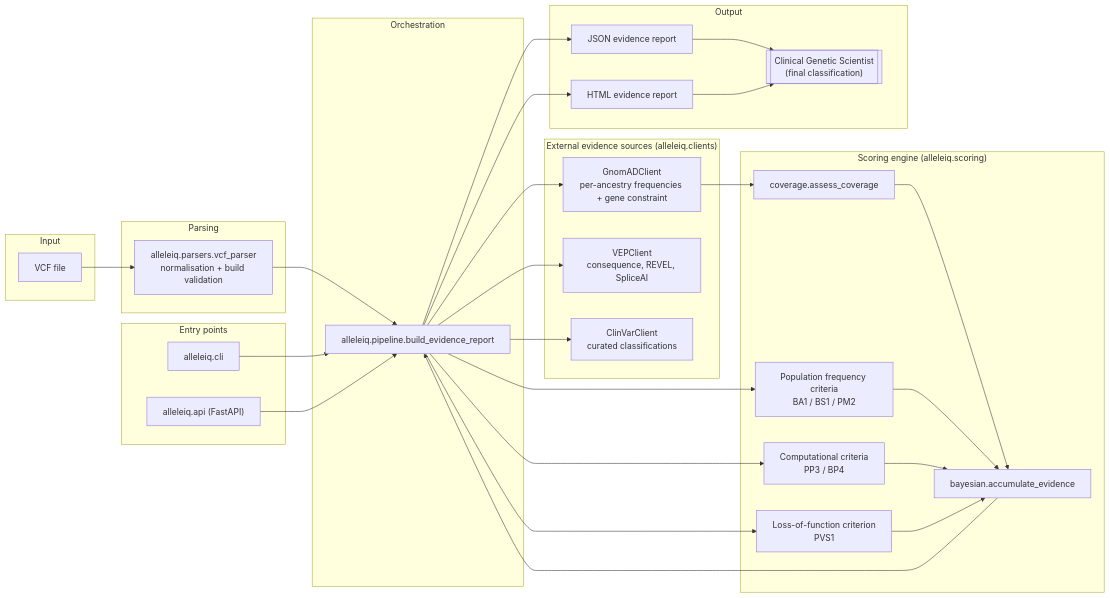
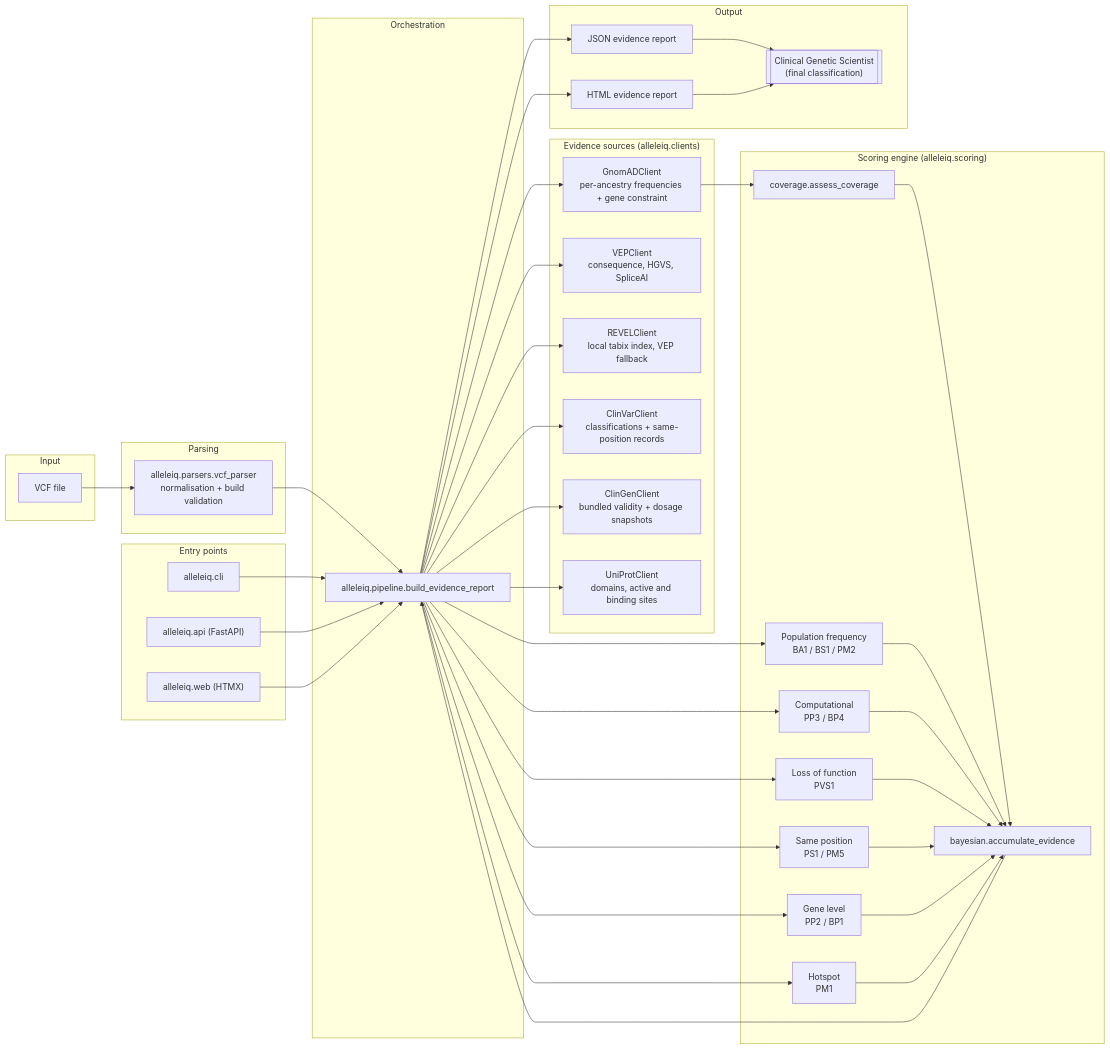
The diagram in docs/architecture/overview.md (NosakhareOsaro/alleleiq), drawn with Mermaid before and after one commit. The commit also changed other lines of this file and 9 other files, not shown here.

First line of the commit message:
docs: bring architecture and version references up to v0.2.0

````diff
--- a/docs/architecture/overview.md
+++ b/docs/architecture/overview.md
@@ -7,51 +7,59 @@
 ```mermaid
 flowchart LR
     subgraph Input
         VCF[VCF file]
     end
 
     subgraph Parsing
         Parser["alleleiq.parsers.vcf_parser<br/>normalisation + build validation"]
     end
 
-    subgraph "External evidence sources (alleleiq.clients)"
+    subgraph "Evidence sources (alleleiq.clients)"
         GNOMAD[GnomADClient<br/>per-ancestry frequencies + gene constraint]
-        VEP[VEPClient<br/>consequence, REVEL, SpliceAI]
-        CLINVAR[ClinVarClient<br/>curated classifications]
+        VEP[VEPClient<br/>consequence, HGVS, SpliceAI]
+        REVEL[REVELClient<br/>local tabix index, VEP fallback]
+        CLINVAR[ClinVarClient<br/>classifications + same-position records]
+        CLINGEN[ClinGenClient<br/>bundled validity + dosage snapshots]
+        UNIPROT[UniProtClient<br/>domains, active and binding sites]
     end
 
     subgraph "Scoring engine (alleleiq.scoring)"
-        POPCRIT["Population frequency criteria<br/>BA1 / BS1 / PM2"]
-        COMPCRIT["Computational criteria<br/>PP3 / BP4"]
-        LOFCRIT["Loss-of-function criterion<br/>PVS1"]
+        POPCRIT["Population frequency<br/>BA1 / BS1 / PM2"]
+        COMPCRIT["Computational<br/>PP3 / BP4"]
+        LOFCRIT["Loss of function<br/>PVS1"]
+        SAMEPOS["Same position<br/>PS1 / PM5"]
+        GENELVL["Gene level<br/>PP2 / BP1"]
+        HOTSPOT["Hotspot<br/>PM1"]
         COVERAGE[coverage.assess_coverage]
         BAYES[bayesian.accumulate_evidence]
     end
 
     subgraph "Orchestration"
         PIPE["alleleiq.pipeline.build_evidence_report"]
     end
 
     subgraph "Entry points"
         CLI[alleleiq.cli]
         API["alleleiq.api (FastAPI)"]
+        WEB["alleleiq.web (HTMX)"]
     end
 
     subgraph Output
         JSON[JSON evidence report]
         HTML[HTML evidence report]
         REVIEW[["Clinical Genetic Scientist<br/>(final classification)"]]
     end
 
     VCF --> Parser --> PIPE
-    PIPE --> GNOMAD & VEP & CLINVAR
+    PIPE --> GNOMAD & VEP & REVEL & CLINVAR & CLINGEN & UNIPROT
     GNOMAD --> COVERAGE
-    PIPE --> POPCRIT & COMPCRIT & LOFCRIT
+    PIPE --> POPCRIT & COMPCRIT & LOFCRIT & SAMEPOS & GENELVL & HOTSPOT
     COVERAGE --> BAYES
-    POPCRIT & COMPCRIT & LOFCRIT --> BAYES
+    POPCRIT & COMPCRIT & LOFCRIT & SAMEPOS & GENELVL & HOTSPOT --> BAYES
     BAYES --> PIPE
     CLI --> PIPE
     API --> PIPE
+    WEB --> PIPE
     PIPE --> JSON & HTML
     JSON & HTML --> REVIEW
 ```
````
